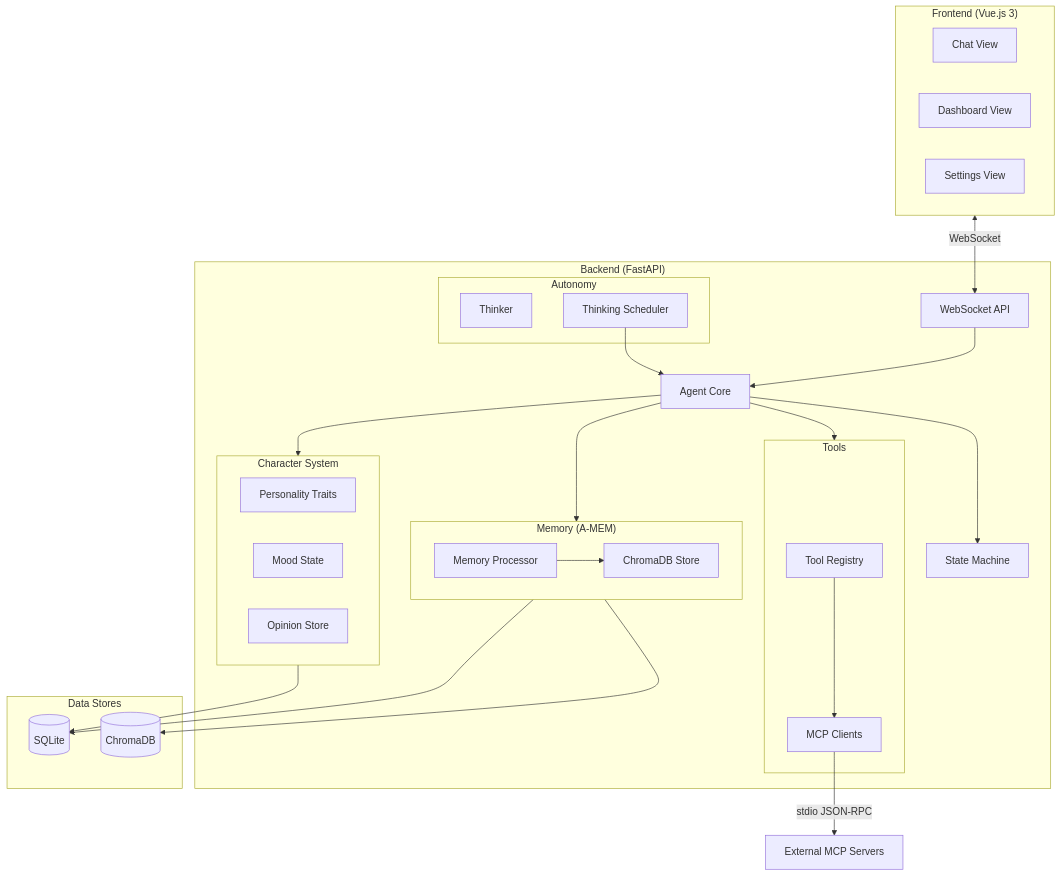
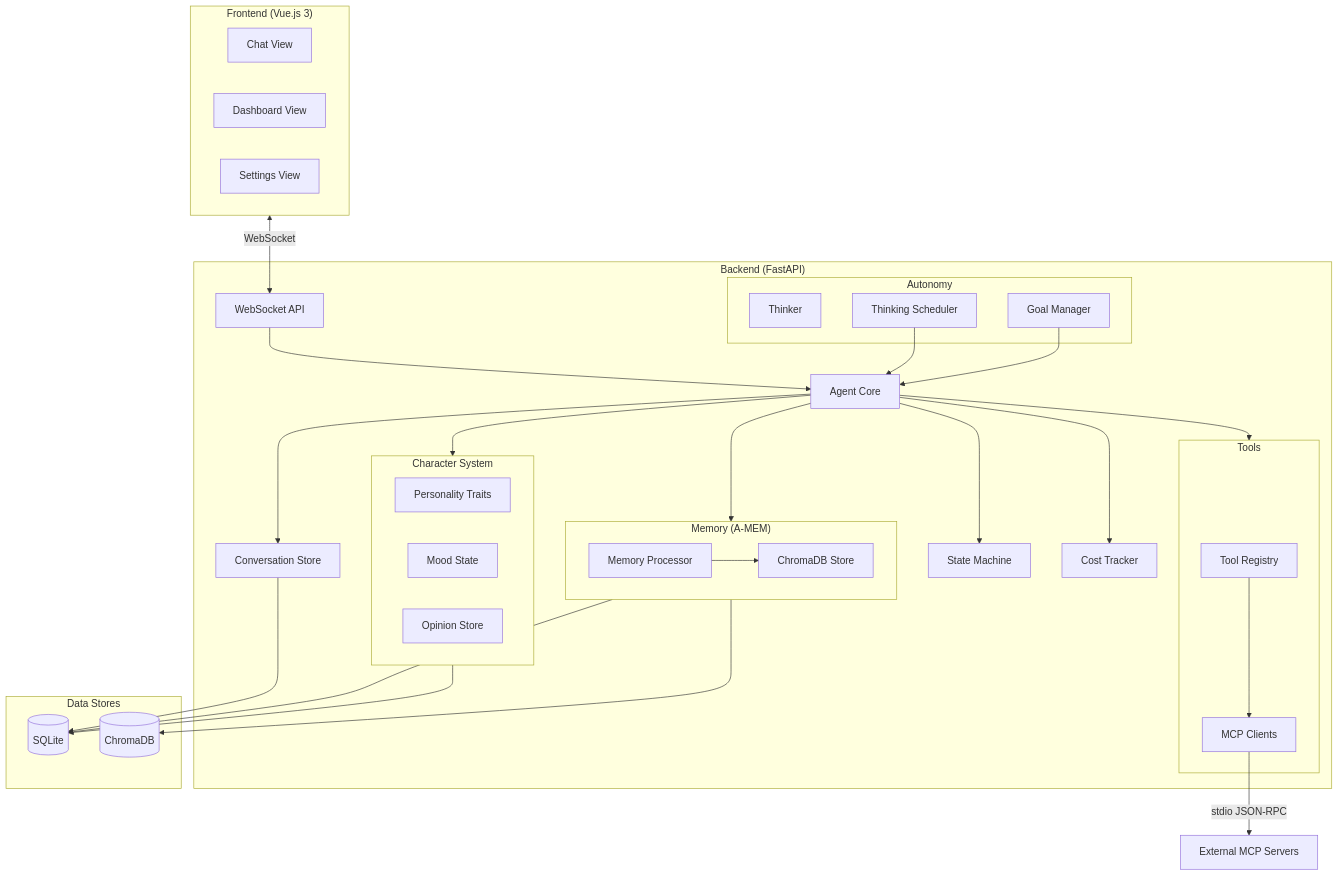
The first of 5 diagrams in README.md (rayen-faleh/clide), drawn with Mermaid before and after one commit. The commit also changed other lines of this file, not shown here.

````diff
--- a/README.md
+++ b/README.md
@@ -27,54 +367,62 @@
 ```mermaid
 flowchart TB
     subgraph Frontend["Frontend (Vue.js 3)"]
         Chat[Chat View]
         Dashboard[Dashboard View]
         Settings[Settings View]
     end
 
     subgraph Backend["Backend (FastAPI)"]
         WS[WebSocket API]
         Agent[Agent Core]
         SM[State Machine]
 
         subgraph Memory["Memory (A-MEM)"]
             Processor[Memory Processor]
             Chroma[ChromaDB Store]
         end
 
         subgraph CharSys["Character System"]
             Traits[Personality Traits]
             Mood[Mood State]
             Opinions[Opinion Store]
         end
 
         subgraph Autonomy
             Thinker[Thinker]
             Scheduler[Thinking Scheduler]
+            Goals[Goal Manager]
         end
 
         subgraph Tools
             Registry[Tool Registry]
             MCP[MCP Clients]
         end
+
+        CostTracker[Cost Tracker]
+        ConvoStore[Conversation Store]
     end
 
     subgraph Data["Data Stores"]
         SQLite[(SQLite)]
         ChromaDB[(ChromaDB)]
     end
 
     Frontend <-->|WebSocket| WS
     WS --> Agent
     Agent --> SM
     Agent --> Memory
     Agent --> CharSys
     Agent --> Tools
+    Agent --> CostTracker
+    Agent --> ConvoStore
     Scheduler --> Agent
+    Goals --> Agent
     Processor --> Chroma
     Memory --> SQLite
     Memory --> ChromaDB
     CharSys --> SQLite
+    ConvoStore --> SQLite
     Registry --> MCP
     MCP -->|stdio JSON-RPC| ExtTools[External MCP Servers]
 ```
````
